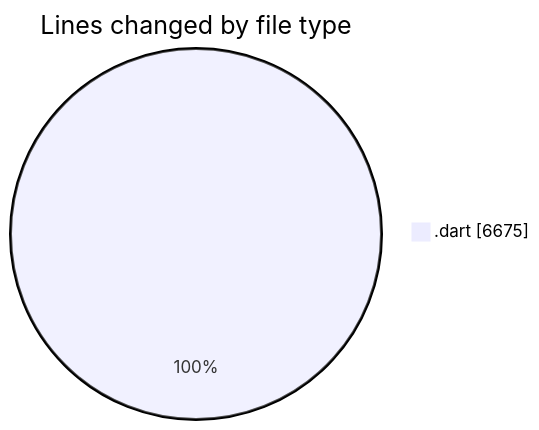
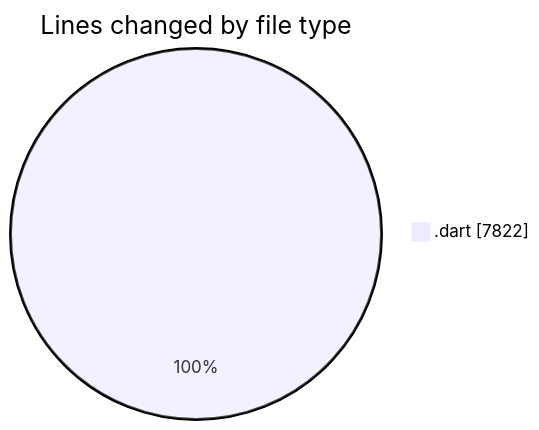
The first of 2 diagrams in 2025-08-25/studybuddy/README.md (lephambinh05/code-tracking), drawn with Mermaid before and after one commit. The commit also changed other lines of this file and 1 other file, not shown here.

````diff
--- a/2025-08-25/studybuddy/README.md
+++ b/2025-08-25/studybuddy/README.md
@@ -37,5 +39,5 @@
 ```mermaid
 pie showData
 title Lines changed by file type
-".dart" : 6675
+".dart" : 7822
 ```
````
